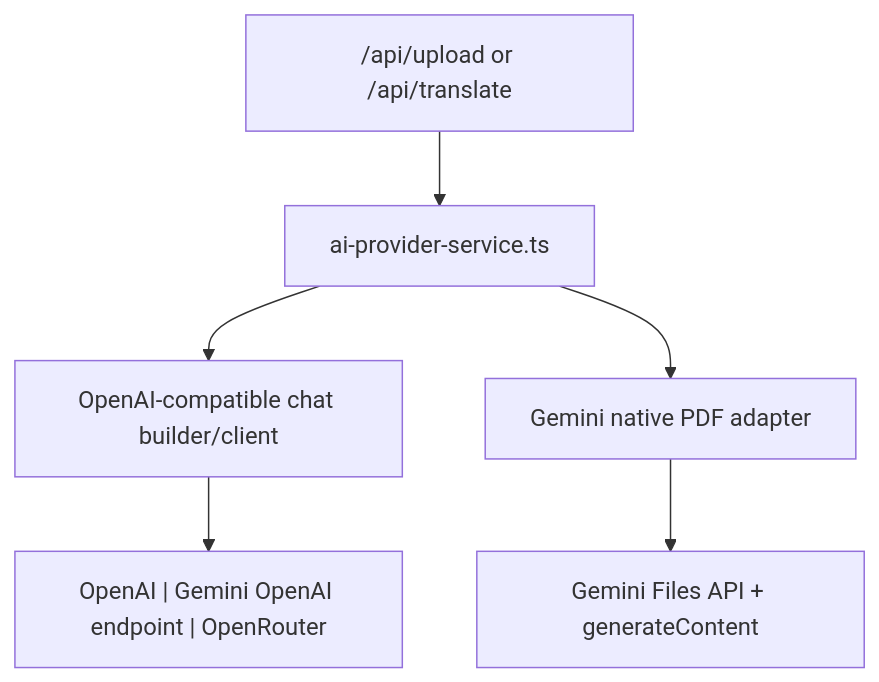
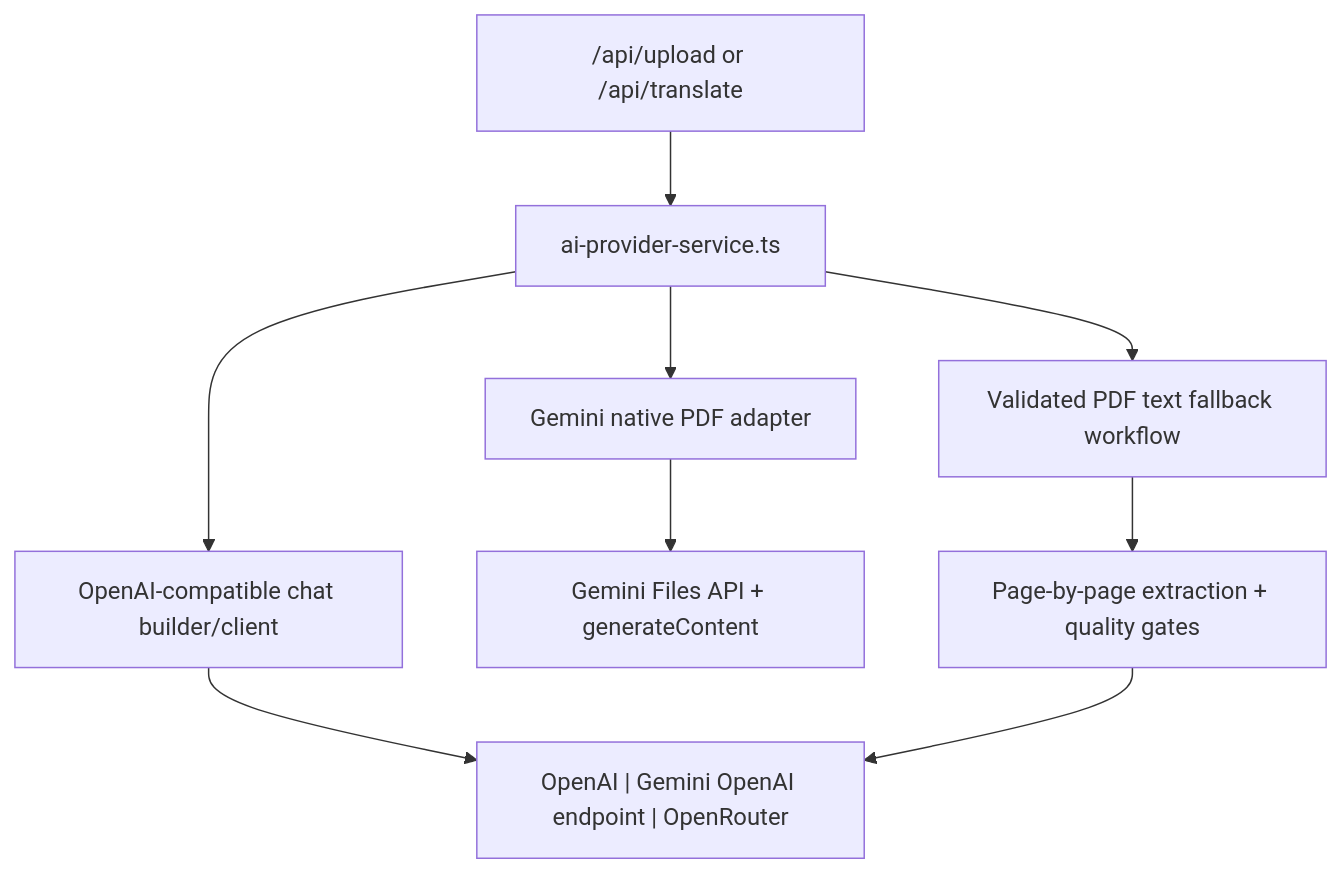
The diagram in src/server/llm-processing/README.md (non-stop-dev/cv-optimizer), drawn with Mermaid before and after one commit. The commit also changed other lines of this file and 34 other files, not shown here.

Commit message:
Add robust PDF text fallback with extraction quality guards

````diff
--- a/src/server/llm-processing/README.md
+++ b/src/server/llm-processing/README.md
@@ -42,8 +43,11 @@
 ```mermaid
 flowchart TD
     Upload["/api/upload or /api/translate"] --> Facade["ai-provider-service.ts"]
     Facade --> Shared["OpenAI-compatible chat builder/client"]
     Facade --> GeminiPdf["Gemini native PDF adapter"]
+    Facade --> PdfFallback["Validated PDF text fallback workflow"]
     Shared --> Providers["OpenAI | Gemini OpenAI endpoint | OpenRouter"]
     GeminiPdf --> Gemini["Gemini Files API + generateContent"]
+    PdfFallback --> PdfExtract["Page-by-page extraction + quality gates"]
+    PdfExtract --> Providers
 ```
````
